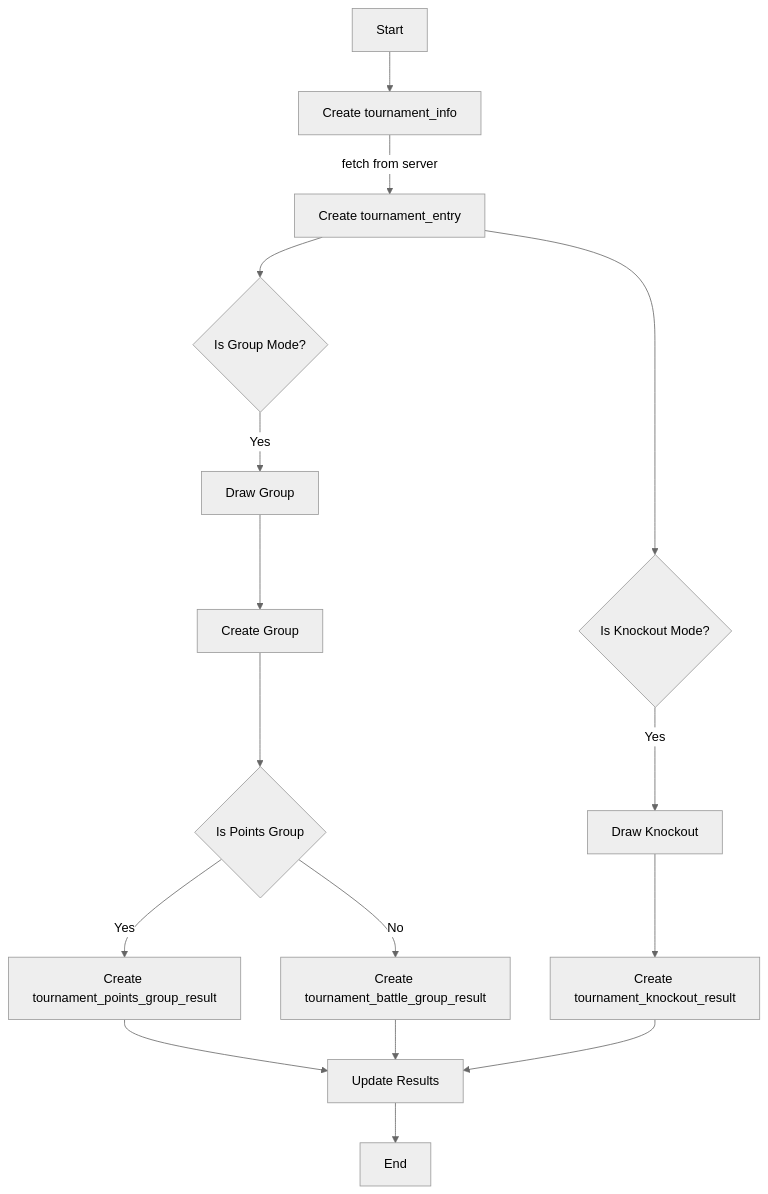
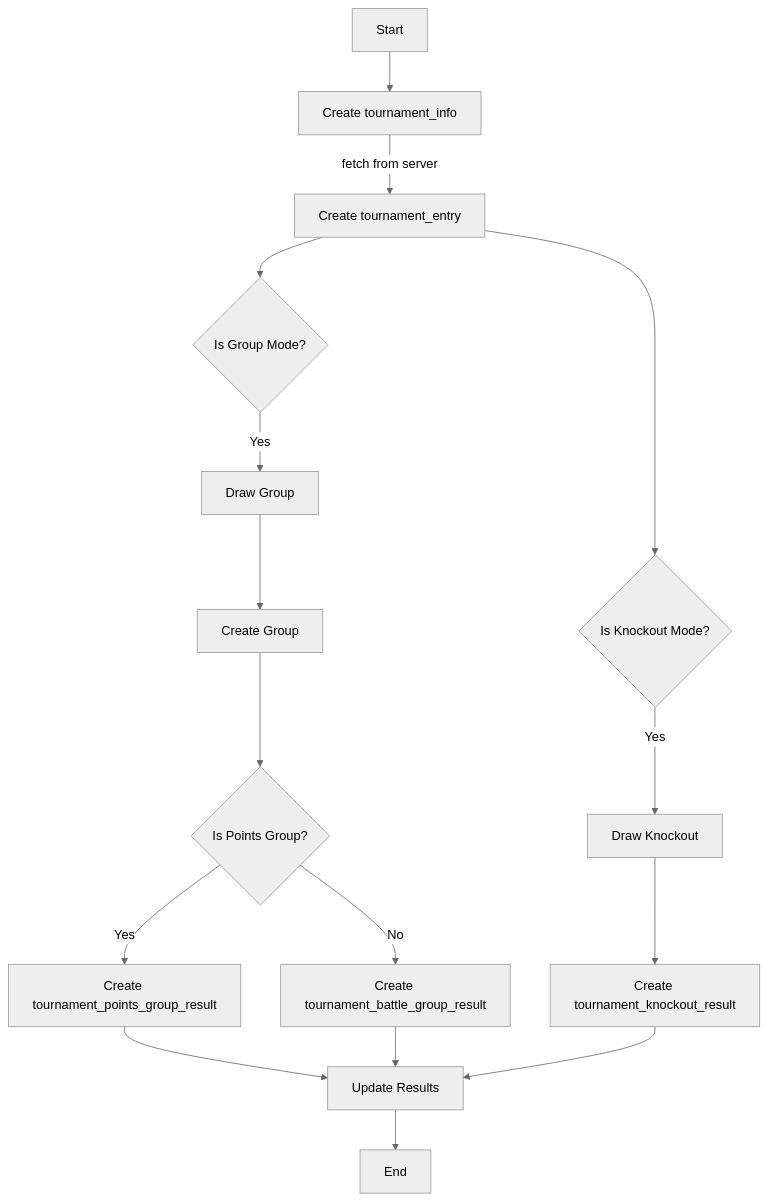
One commit to tonglam/fpl-public changed the seventh of 9 diagrams in README.md. Above: the diagram before and after it, drawn with Mermaid (neutral theme).

````diff
--- a/README.md
+++ b/README.md
@@ -526,18 +526,18 @@
 ```mermaid
 flowchart TD
     A[Start] --> B[Create tournament_info]
     B -- fetch from server --> C[Create tournament_entry]
     C --> D{Is Group Mode?}
     C --> E{Is Knockout Mode?}
     D -- Yes --> G1[Draw Group]
     G1 --> G2[Create Group]
-    G2 --> G3{Is Points Group}
+    G2 --> G3{Is Points Group?}
     G3 -- Yes --> G4[Create tournament_points_group_result]
     G3 -- No --> G5[Create tournament_battle_group_result] 
     E -- Yes --> K[Draw Knockout]
     K --> K1[Create tournament_knockout_result]
     G4 --> U[Update Results]
     G5 --> U
     K1 --> U
     U --> F[End]
 ```
````
